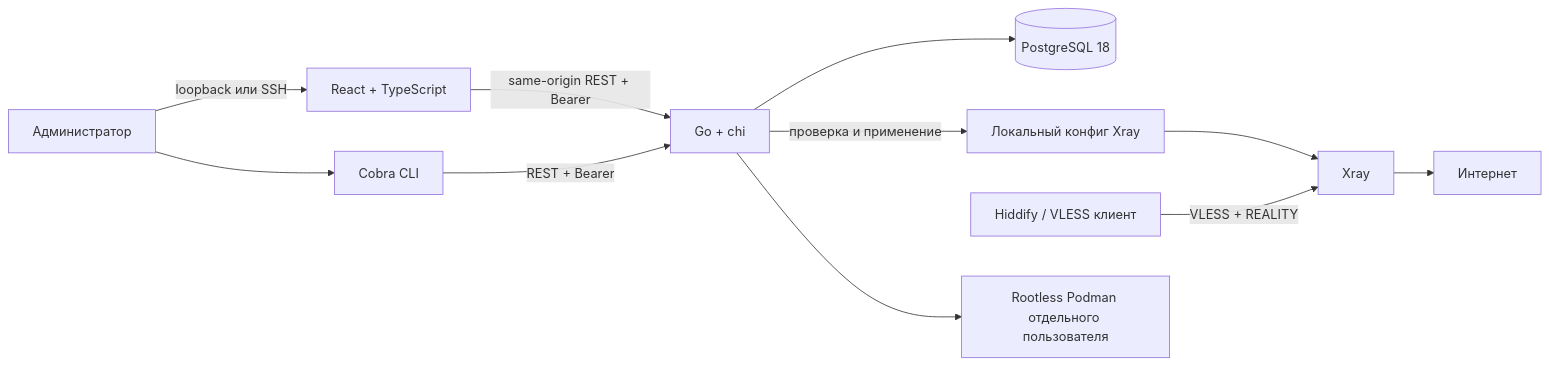
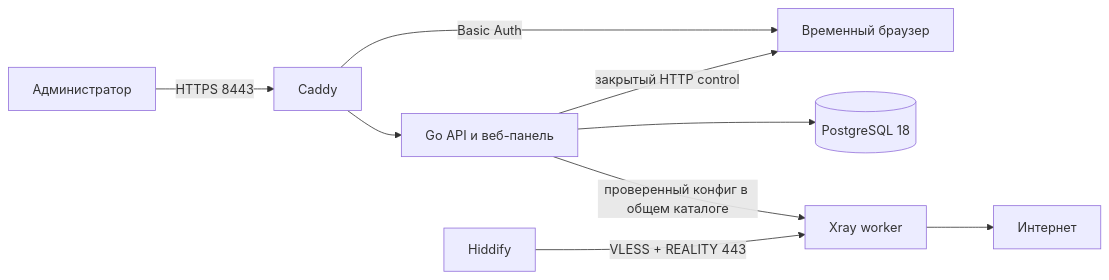
Before and after one commit to rvburov/private-gateway: the diagram in docs/architecture.md, drawn with Mermaid. The commit also changed other lines of this file and 42 other files, not shown here.

````diff
--- a/docs/architecture.md
+++ b/docs/architecture.md
@@ -5,13 +5,11 @@
 ```mermaid
 flowchart LR
-    Admin[Администратор] -->|loopback или SSH| Web[React + TypeScript]
-    Admin --> CLI[Cobra CLI]
-    Web -->|same-origin REST + Bearer| API[Go + chi]
-    CLI -->|REST + Bearer| API
+    Admin[Администратор] -->|HTTPS 8443| Caddy
+    Caddy --> API[Go API и веб-панель]
+    Caddy -->|Basic Auth| Browser[Временный браузер]
     API --> DB[(PostgreSQL 18)]
-    API -->|проверка и применение| Config[Локальный конфиг Xray]
-    Config --> Xray[Xray]
-    Client[Hiddify / VLESS клиент] -->|VLESS + REALITY| Xray
+    API -->|проверенный конфиг в общем каталоге| Xray[Xray worker]
+    API -->|закрытый HTTP control| Browser
+    Client[Hiddify] -->|VLESS + REALITY 443| Xray
     Xray --> Internet[Интернет]
-    API --> Browser[Rootless Podman отдельного пользователя]
 ```
````
